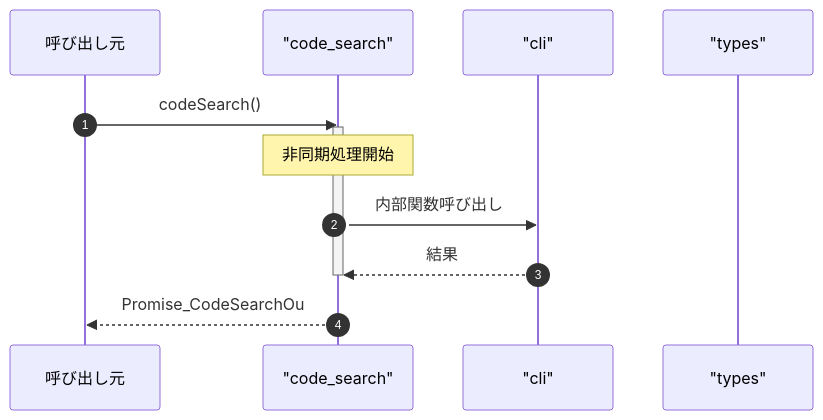
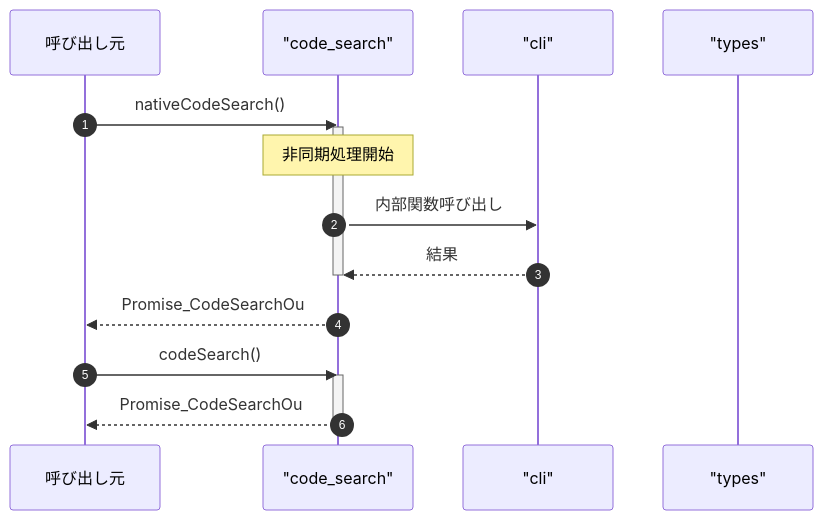
Before and after one commit to Mekann2904/mekann: the third of 3 diagrams in ABDD/.pi/extensions/search/tools/code_search.md, drawn with Mermaid. The commit also changed other lines of this file and 205 other files, not shown here.

````diff
--- a/ABDD/.pi/extensions/search/tools/code_search.md
+++ b/ABDD/.pi/extensions/search/tools/code_search.md
@@ -76,16 +81,21 @@
 ```mermaid
 sequenceDiagram
   autonumber
   participant Caller as 呼び出し元
   participant code_search as "code_search"
   participant cli as "cli"
   participant types as "types"
 
-  Caller->>code_search: codeSearch()
+  Caller->>code_search: nativeCodeSearch()
   activate code_search
   Note over code_search: 非同期処理開始
   code_search->>cli: 内部関数呼び出し
   cli-->>code_search: 結果
   deactivate code_search
   code_search-->>Caller: Promise_CodeSearchOu
+
+  Caller->>code_search: codeSearch()
+  activate code_search
+  code_search-->>Caller: Promise_CodeSearchOu
+  deactivate code_search
 ```
````
